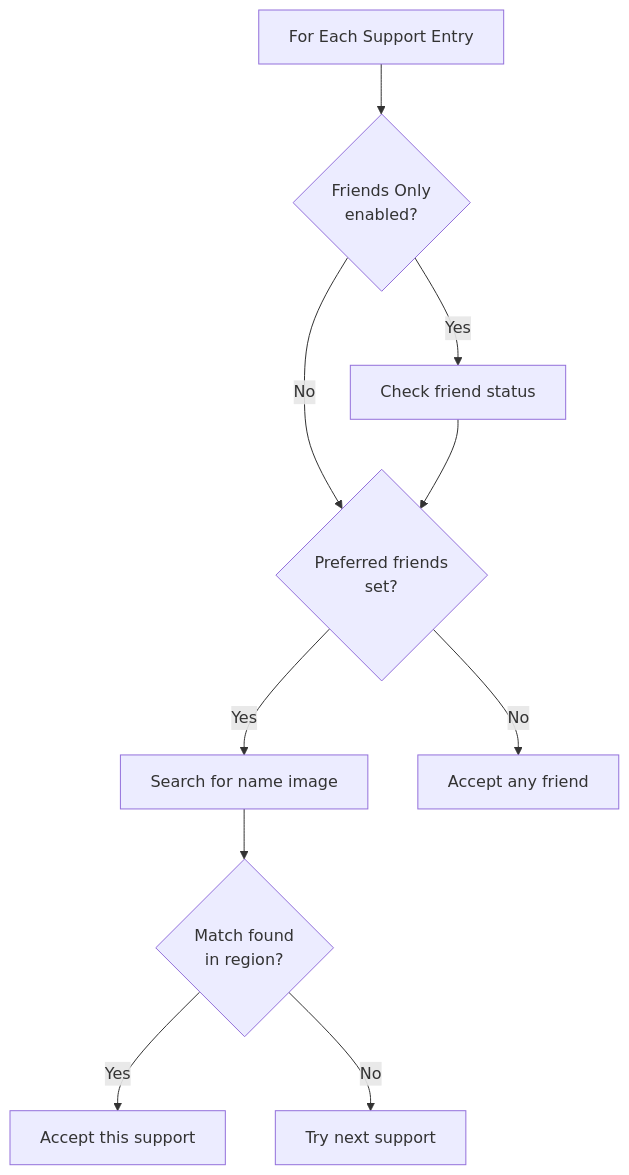
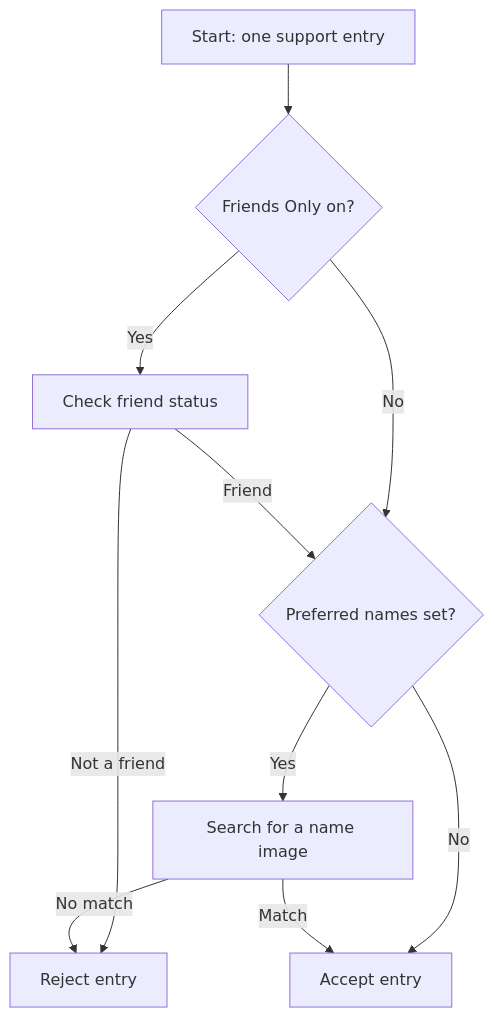
The diagram in docs/support-screen/preferred-friend.md (ArthurKun21/FGA-Preview-Build), drawn with Mermaid before and after one commit. The commit also changed other lines of this file and 23 other files, not shown here.

````diff
--- a/docs/support-screen/preferred-friend.md
+++ b/docs/support-screen/preferred-friend.md
@@ -72,12 +68,12 @@
 ```mermaid
 flowchart TD
-    A[For Each Support Entry] --> B{Friends Only<br/>enabled?}
+    A[Start: one support entry] --> B{Friends Only on?}
     B -->|Yes| C[Check friend status]
-    B -->|No| D{Preferred friends<br/>set?}
-    C --> D
-    D -->|Yes| E[Search for name image]
-    D -->|No| F[Accept any friend]
-    E --> G{Match found<br/>in region?}
-    G -->|Yes| H[Accept this support]
-    G -->|No| I[Try next support]
+    C -->|Not a friend| H[Reject entry]
+    B -->|No| D{Preferred names set?}
+    C -->|Friend| D
+    D -->|No| E[Accept entry]
+    D -->|Yes| F[Search for a name image]
+    F -->|Match| E
+    F -->|No match| H
 ```
````
